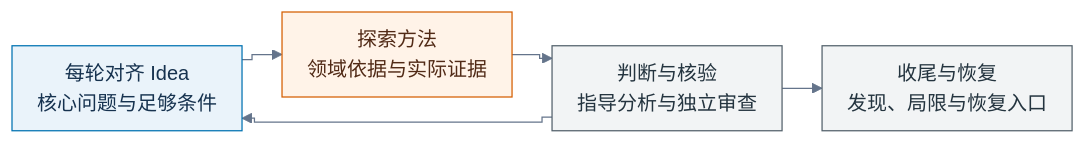
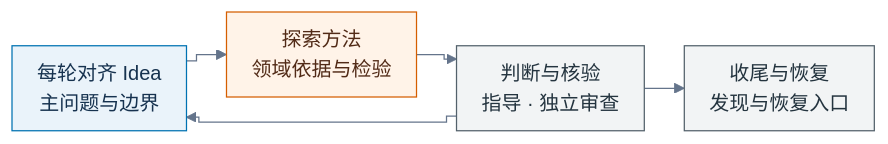
One commit to Haichuan-Zhao/Auto-Loop changed the diagram in README.md. Above: the diagram before and after it, drawn with Mermaid.

Commit message:
缩短流程图标签，适配 GitHub Mermaid 显示

````diff
--- a/README.md
+++ b/README.md
@@ -23,15 +23,15 @@
 ```mermaid
 %%{init: {"theme":"base","flowchart":{"htmlLabels":false,"nodeSpacing":20,"rankSpacing":32,"padding":10,"diagramPadding":8,"curve":"step"},"themeVariables":{"fontFamily":"Arial, Microsoft YaHei, PingFang SC, sans-serif","fontSize":"16px","lineColor":"#64748B"}}}%%
 flowchart LR
-    I["每轮对齐 Idea<br/>核心问题与足够条件"] --> E["探索方法<br/>领域依据与实际证据"]
-    E --> J["判断与核验<br/>指导分析与独立审查"]
-    J --> O["收尾与恢复<br/>发现、局限与恢复入口"]
+    I["每轮对齐 Idea<br/>主问题与边界"] --> E["探索方法<br/>领域依据与检验"]
+    E --> J["判断与核验<br/>指导 · 独立审查"]
+    J --> O["收尾与恢复<br/>发现与恢复入口"]
     J --> I
 
     classDef human fill:#EAF3FA,stroke:#0072B2,color:#16324F
     classDef explore fill:#FFF3E8,stroke:#D55E00,color:#512A16
     classDef review fill:#F2F4F5,stroke:#53616B,color:#24343F
     class I human
     class E explore
     class J,O review
 ```
````
